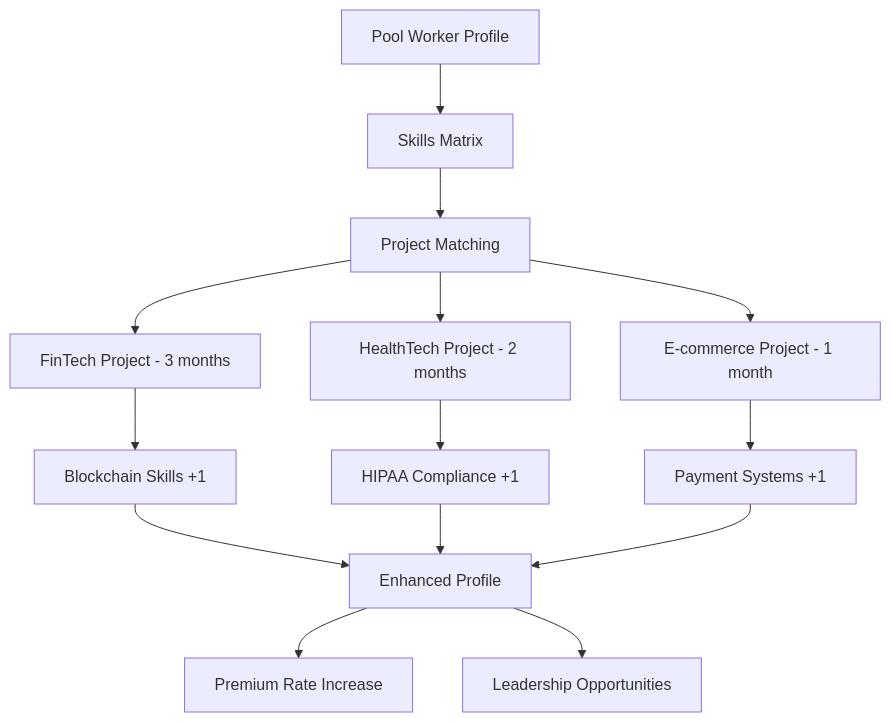
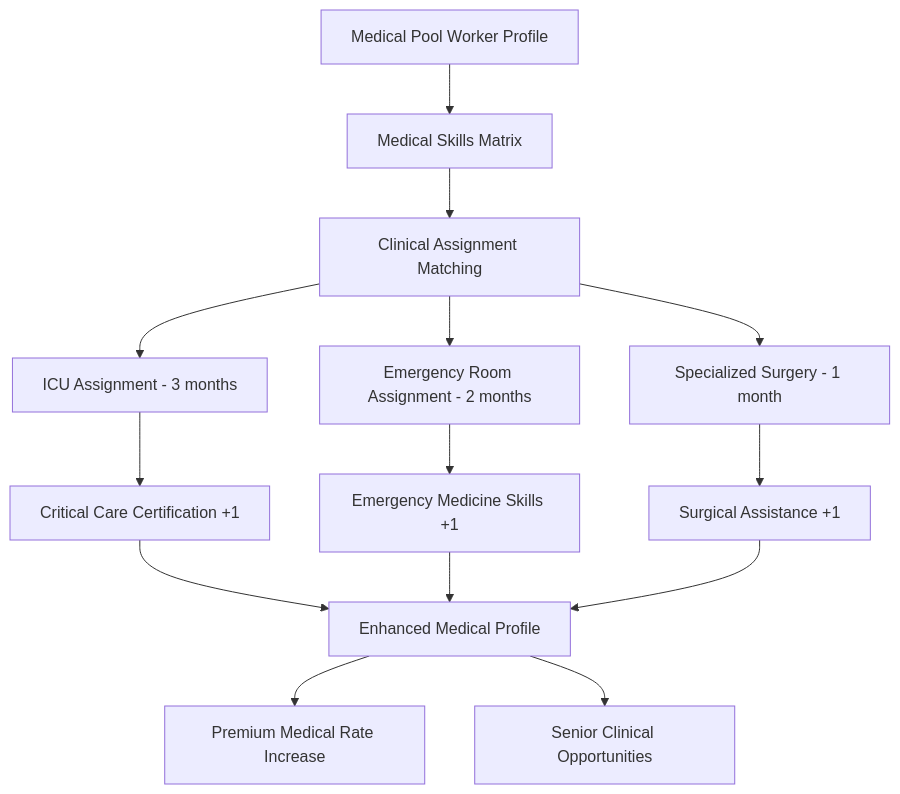
The sixth of 13 diagrams in docs/requirements-analysis/user-stories.md (3Stones-io/bemeda_personal), drawn with Mermaid before and after one commit. The commit also changed other lines of this file and 5 other files, not shown here.

````diff
--- a/docs/requirements-analysis/user-stories.md
+++ b/docs/requirements-analysis/user-stories.md
@@ -160,19 +180,19 @@
 ```mermaid
 graph TD
-    A[Pool Worker Profile] --> B[Skills Matrix]
-    B --> C[Project Matching]
-    C --> D[FinTech Project - 3 months]
-    C --> E[HealthTech Project - 2 months]  
-    C --> F[E-commerce Project - 1 month]
+    A[Medical Pool Worker Profile] --> B[Medical Skills Matrix]
+    B --> C[Clinical Assignment Matching]
+    C --> D[ICU Assignment - 3 months]
+    C --> E[Emergency Room Assignment - 2 months]  
+    C --> F[Specialized Surgery - 1 month]
     
-    D --> G[Blockchain Skills +1]
-    E --> H[HIPAA Compliance +1]
-    F --> I[Payment Systems +1]
+    D --> G[Critical Care Certification +1]
+    E --> H[Emergency Medicine Skills +1]
+    F --> I[Surgical Assistance +1]
     
-    G --> J[Enhanced Profile]
+    G --> J[Enhanced Medical Profile]
     H --> J
     I --> J
     
-    J --> K[Premium Rate Increase]
-    J --> L[Leadership Opportunities]
+    J --> K[Premium Medical Rate Increase]
+    J --> L[Senior Clinical Opportunities]
 ```
````
